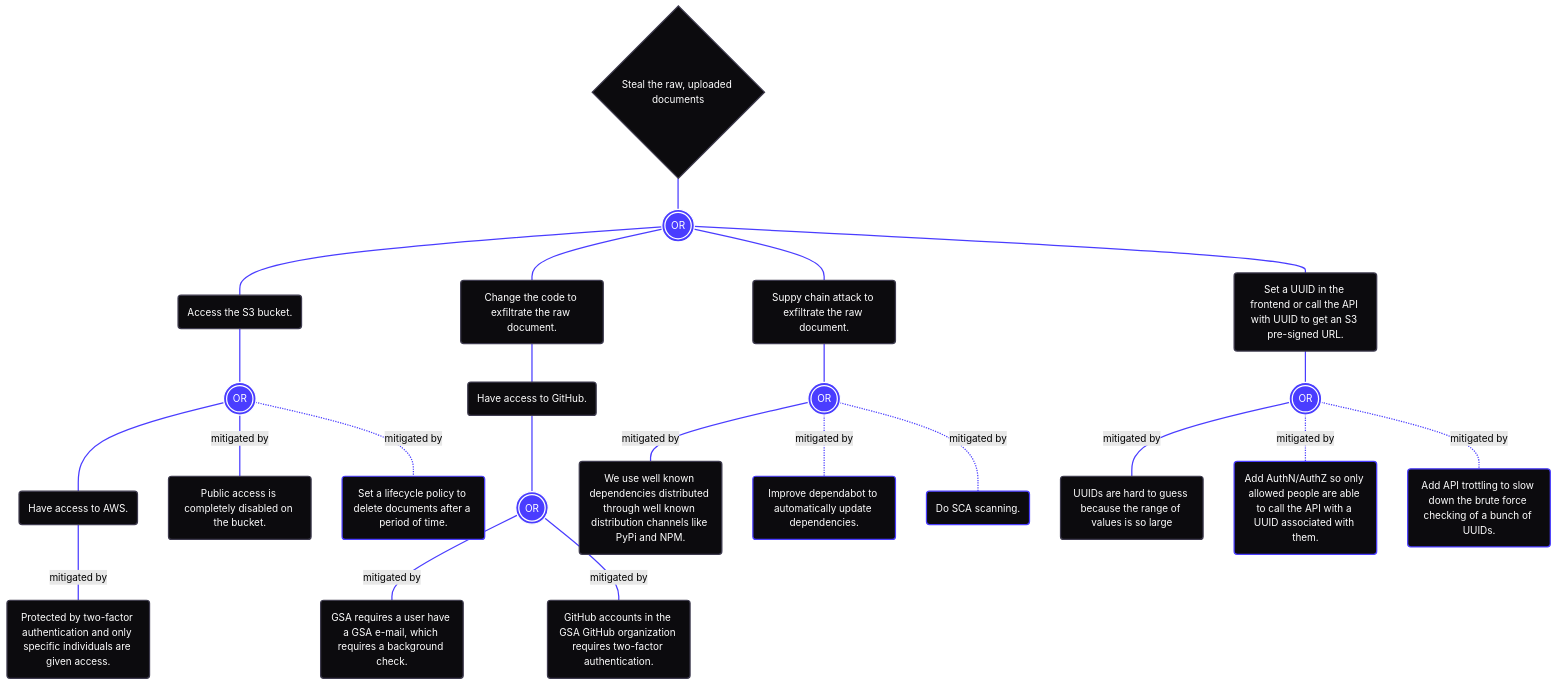
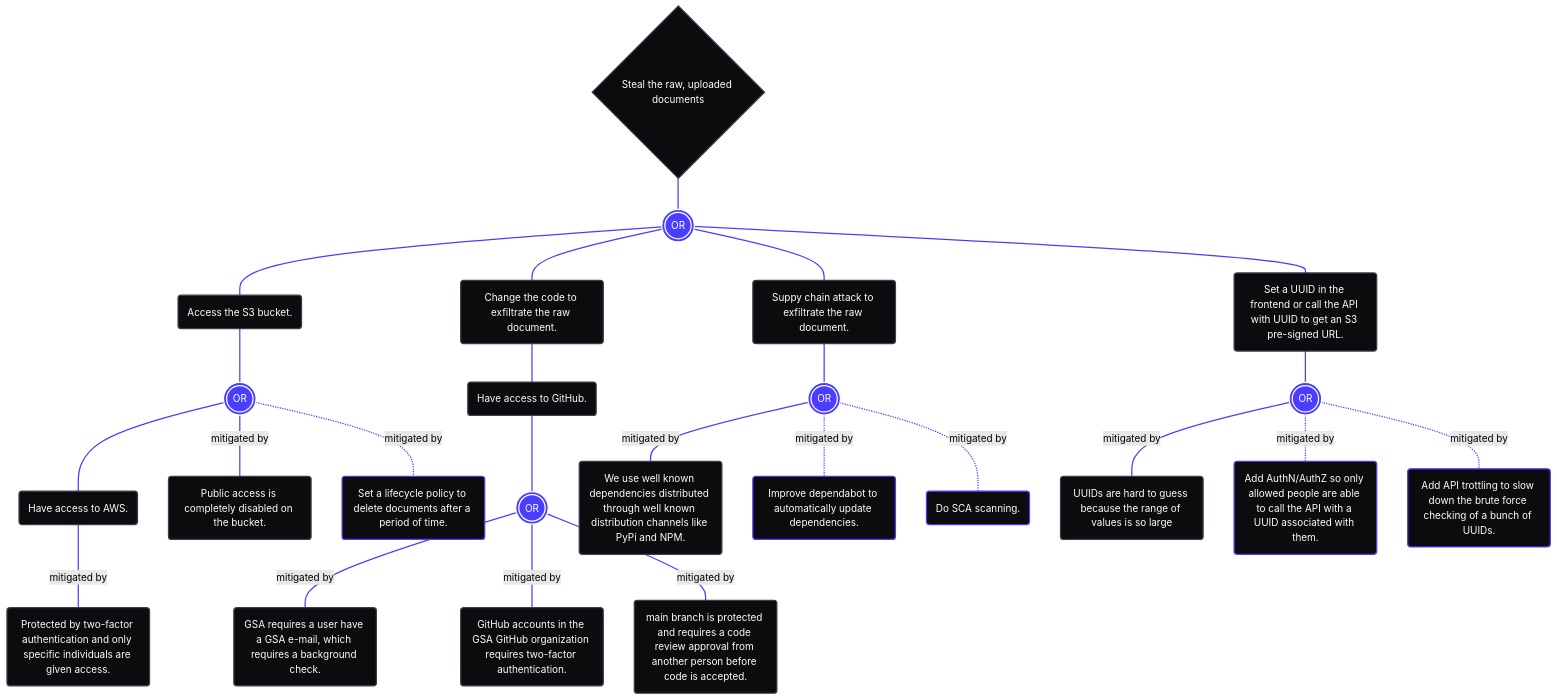
Before and after one commit to gsa-tts-archived/document-extractor-poc: the second of 4 diagrams in docs/THREAT_MODEL.md, drawn with Mermaid (forest theme). The commit also changed other lines of this file and 1 other file, not shown here.

````diff
--- a/docs/THREAT_MODEL.md
+++ b/docs/THREAT_MODEL.md
@@ -111,43 +115,45 @@
 ```mermaid
 flowchart TD
   A0{Steal the raw, uploaded documents}:::objective
     A0---B1(((OR))):::booleanOr
       B1---C1(Access the S3 bucket.):::condition
         C1---D1(((OR))):::booleanOr
           D1---E1(Have access to AWS.):::condition
             E1-- mitigated by ---F1(Protected by two-factor authentication and only specific individuals are given access.):::condition
           D1-- mitigated by ---E2(Public access is completely disabled on the bucket.):::condition
           D1-. mitigated by .-E3(Set a lifecycle policy to delete documents after a period of time.):::condition
       B1---C2(Change the code to exfiltrate the raw document.):::condition
         C2---D2(Have access to GitHub.):::condition
           D2---E4(((OR))):::booleanOr
             E4-- mitigated by ---F2(GSA requires a user have a GSA e-mail, which requires a background check.):::condition
             E4-- mitigated by ---F3(GitHub accounts in the GSA GitHub organization requires two-factor authentication.):::condition
+            E4-- mitigated by ---F4(main branch is protected and requires a code review approval from another person before code is accepted.):::condition
       B1---C3(Suppy chain attack to exfiltrate the raw document.):::condition
         C3---D3(((OR))):::booleanOr
           D3-- mitigated by ---E5(We use well known dependencies distributed through well known distribution channels like PyPi and NPM.):::condition
           D3-. mitigated by .-E6(Improve dependabot to automatically update dependencies.):::condition
           D3-. mitigated by .-E7(Do SCA scanning.):::condition
       B1---C4(Set a UUID in the frontend or call the API with UUID to get an S3 pre-signed URL.):::condition
         C4---D4(((OR))):::booleanOr
           D4-- mitigated by ---E8(UUIDs are hard to guess because the range of values is so large):::condition
           D4-. mitigated by .-E9(Add AuthN/AuthZ so only allowed people are able to call the API with a UUID associated with them.):::condition
           D4-. mitigated by .-E10(Add API trottling to slow down the brute force checking of a bunch of UUIDs.):::condition
   classDef objective fill:#0c0b0e,color:#ffffff,stroke:#3e3b4e,stroke-width:2px
   classDef condition fill:#0c0b0e,color:#ffffff,stroke:#3e3b4e,stroke-width:2px
   classDef assumption fill:#0c0b0e,color:#ffffff,stroke:#3e3b4e,stroke-width:2px
   classDef booleanAnd fill:#4a3dff,color:#ffffff,stroke:#ffffff,stroke-width:2px
   classDef booleanOr fill:#4a3dff,color:#ffffff,stroke:#ffffff,stroke-width:2px
   style F1 stroke:#4a3dff,stroke-width:2px,fill:#0c0b0e,color:#ffffff,stroke:#3e3b4e,stroke-width:2px
   style E2 stroke:#4a3dff,stroke-width:2px,fill:#0c0b0e,color:#ffffff,stroke:#3e3b4e,stroke-width:2px
   style E3 stroke:#4a3dff,stroke-width:2px
   style F2 stroke:#4a3dff,stroke-width:2px,fill:#0c0b0e,color:#ffffff,stroke:#3e3b4e,stroke-width:2px
   style F3 stroke:#4a3dff,stroke-width:2px,fill:#0c0b0e,color:#ffffff,stroke:#3e3b4e,stroke-width:2px
+  style F4 stroke:#4a3dff,stroke-width:2px,fill:#0c0b0e,color:#ffffff,stroke:#3e3b4e,stroke-width:2px
   style E5 stroke:#4a3dff,stroke-width:2px,fill:#0c0b0e,color:#ffffff,stroke:#3e3b4e,stroke-width:2px
   style E6 stroke:#4a3dff,stroke-width:2px
   style E7 stroke:#4a3dff,stroke-width:2px
   style E8 stroke:#4a3dff,stroke-width:2px,fill:#0c0b0e,color:#ffffff,stroke:#3e3b4e,stroke-width:2px
   style E9 stroke:#4a3dff,stroke-width:2px
   style E10 stroke:#4a3dff,stroke-width:2px
-  linkStyle 0,1,2,3,4,5,6,7,8,9,10,11,12,13,14,15,16,17,18,19,20,21 stroke:#4a3dff,stroke-width:2px
+  linkStyle 0,1,2,3,4,5,6,7,8,9,10,11,12,13,14,15,16,17,18,19,20,21,22 stroke:#4a3dff,stroke-width:2px
 ```
````
